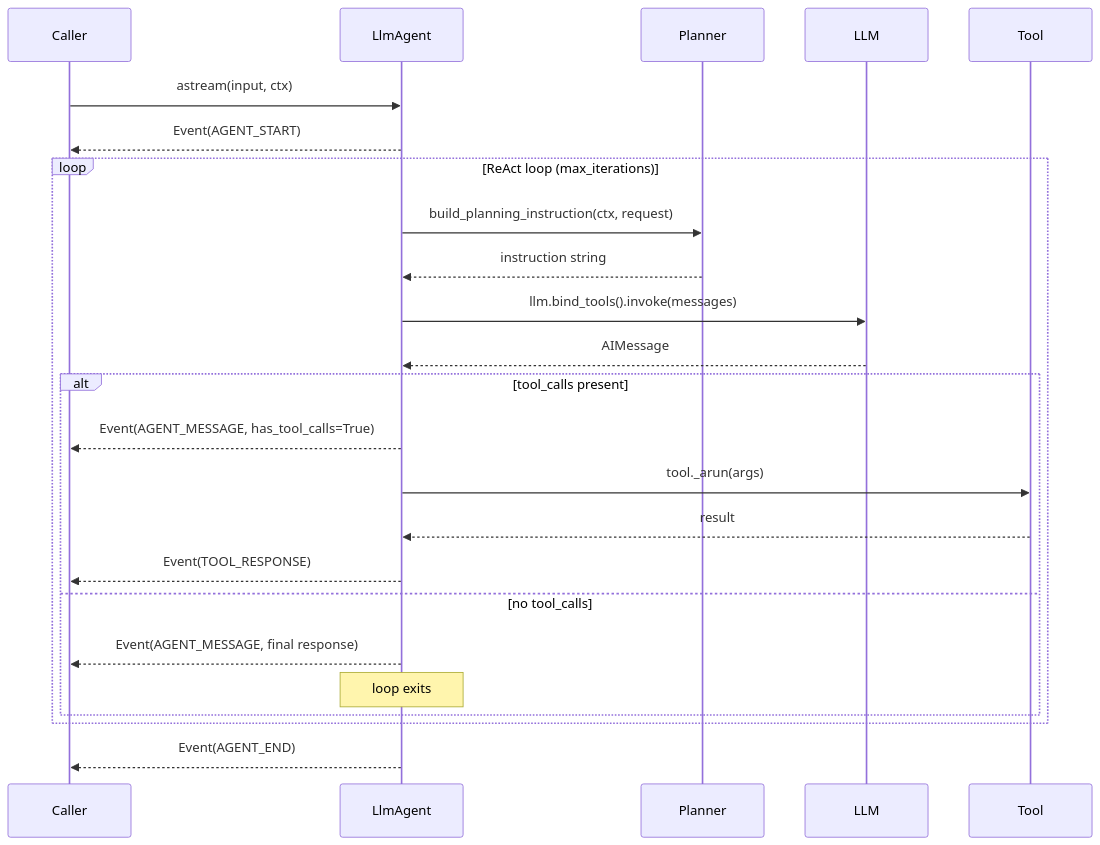
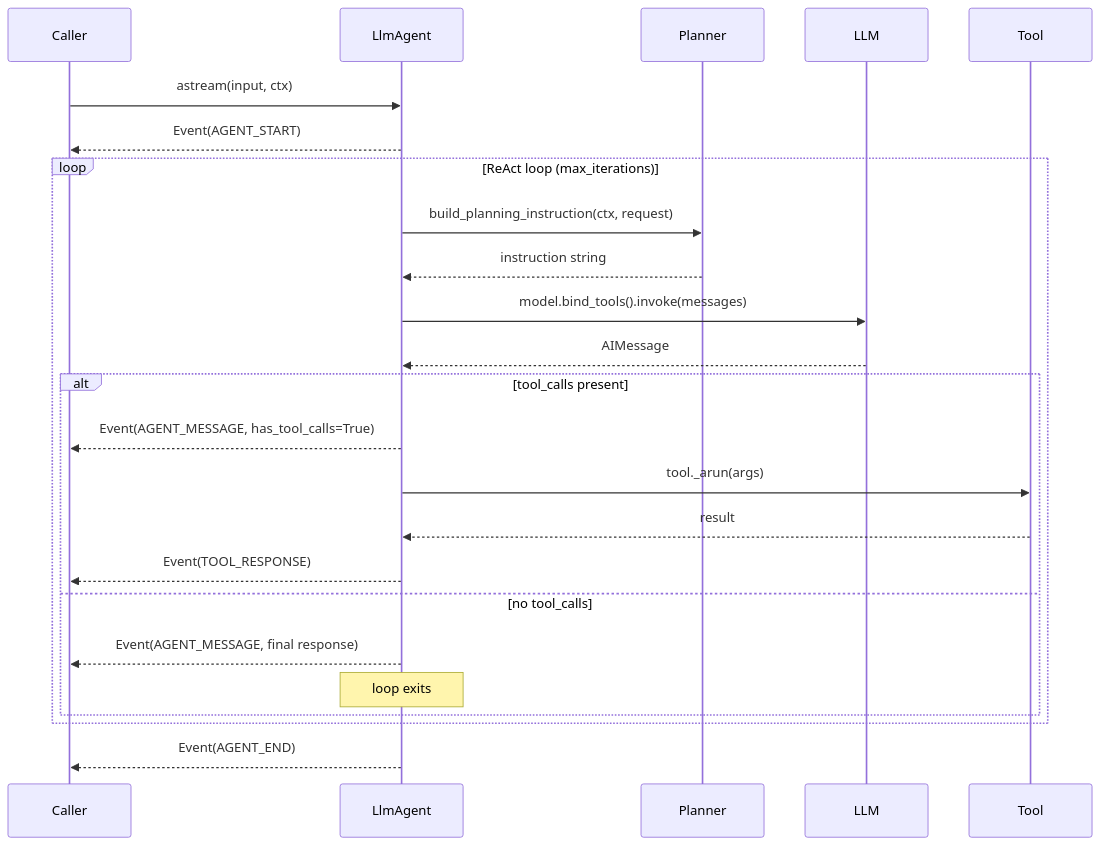
The second of 2 diagrams in docs/concepts/agents.mdx (NicolaiLassen/langchain-adk), drawn with Mermaid before and after one commit. The commit also changed other lines of this file and 67 other files, not shown here.

First line of the commit message:
Rename llm parameter to model across entire codebase

````diff
--- a/docs/concepts/agents.mdx
+++ b/docs/concepts/agents.mdx
@@ -42,30 +42,30 @@
 ```mermaid
 sequenceDiagram
     participant C as Caller
     participant A as LlmAgent
     participant P as Planner
     participant L as LLM
     participant T as Tool
 
     C->>A: astream(input, ctx)
     A-->>C: Event(AGENT_START)
 
     loop ReAct loop (max_iterations)
         A->>P: build_planning_instruction(ctx, request)
         P-->>A: instruction string
-        A->>L: llm.bind_tools().invoke(messages)
+        A->>L: model.bind_tools().invoke(messages)
         L-->>A: AIMessage
 
         alt tool_calls present
             A-->>C: Event(AGENT_MESSAGE, has_tool_calls=True)
             A->>T: tool._arun(args)
             T-->>A: result
             A-->>C: Event(TOOL_RESPONSE)
         else no tool_calls
             A-->>C: Event(AGENT_MESSAGE, final response)
             note over A: loop exits
         end
     end
 
     A-->>C: Event(AGENT_END)
 ```
````
